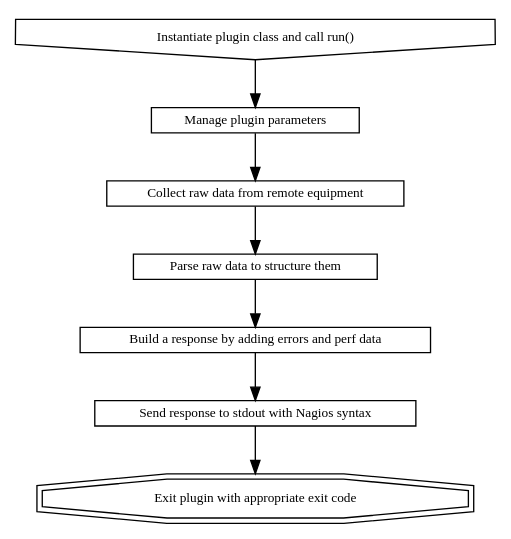
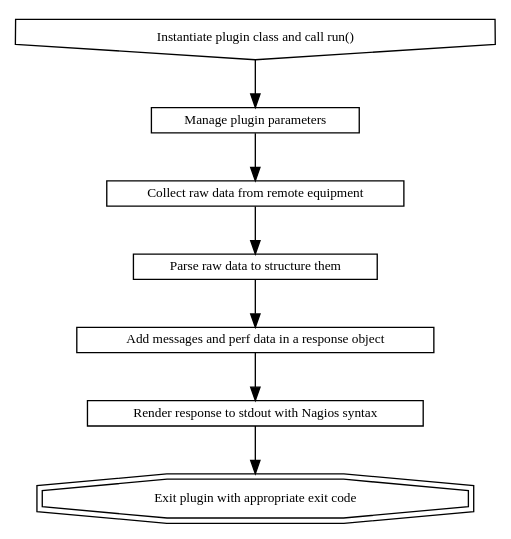
Before and after one commit to elapouya/python-nagios-helpers: the diagram in docs/howto.rst, drawn with Graphviz. The commit also changed other lines of this file and 4 other files, not shown here.

```diff
--- a/docs/howto.rst
+++ b/docs/howto.rst
@@ -49,13 +49,13 @@
 .. graphviz::
 
    digraph execpattern {
       node [shape=box,fontsize=10, height=0]
       a -> b -> c -> d -> e -> f -> g
       a  [shape="invhouse",label="Instantiate plugin class and call run()"]
       b  [label="Manage plugin parameters"]
       c  [label="Collect raw data from remote equipment"]
       d  [label="Parse raw data to structure them"]
-      e  [label="Build a response by adding errors and perf data"]
-      f  [label="Send response to stdout with Nagios syntax"]
+      e  [label="Add messages and perf data in a response object"]
+      f  [label="Render response to stdout with Nagios syntax"]
       g  [shape="doubleoctagon",label="Exit plugin with appropriate exit code"]
       }
```
